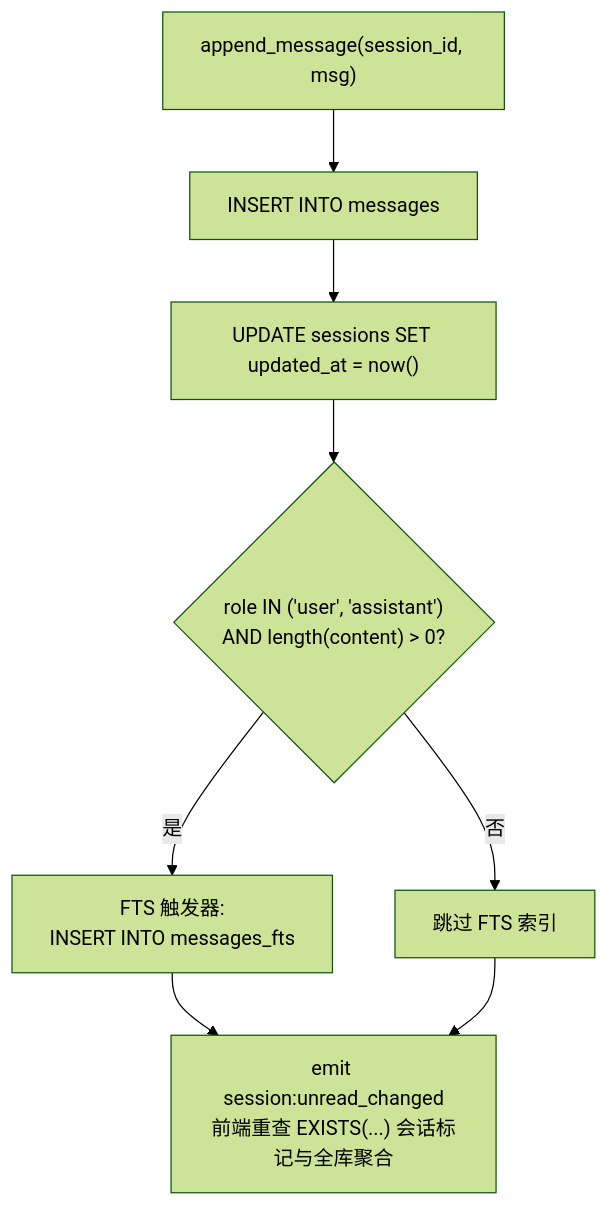
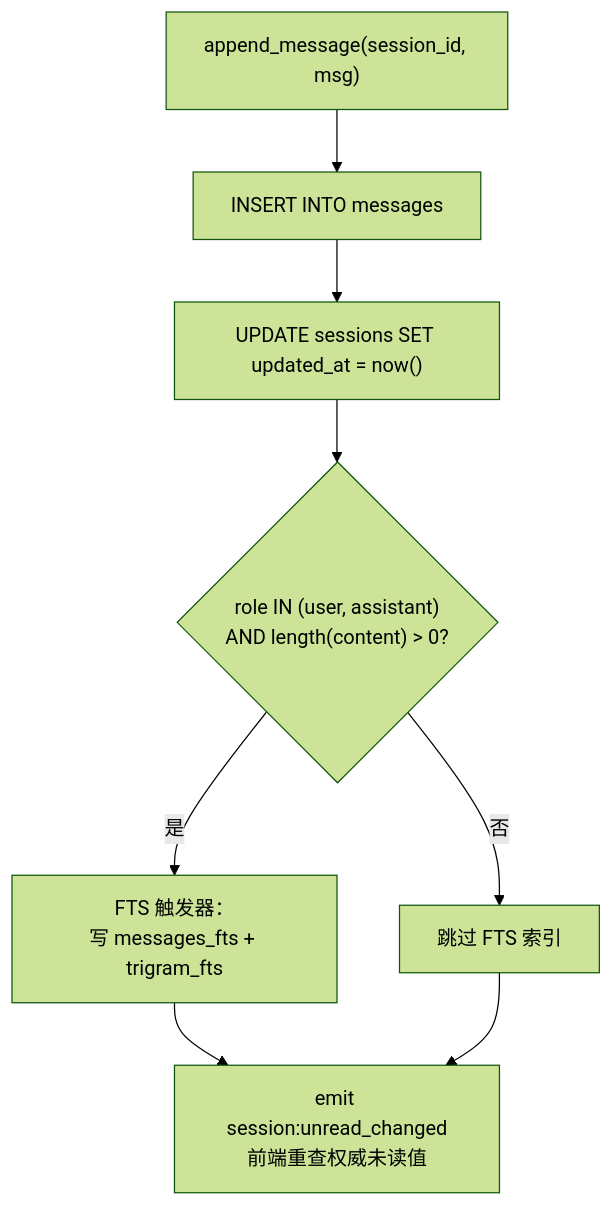
Before and after one commit to shiwenwen/hope-agent: the fourth of 6 diagrams in docs/architecture/session.md, drawn with Mermaid (forest theme). The commit also changed other lines of this file and 7 other files, not shown here.

First line of the commit message:
🦭docs: 补齐 8 篇漏掉的中型文档（ask-user/chat-engine/design-space/lsp/permission-system/recap/self-update/session）

````diff
--- a/docs/architecture/session.md
+++ b/docs/architecture/session.md
@@ -750,11 +517,10 @@
 ```mermaid
 flowchart TD
     A["append_message(session_id, msg)"] --> B["INSERT INTO messages"]
     B --> C["UPDATE sessions SET updated_at = now()"]
-    C --> D{"role IN ('user', 'assistant')<br/>AND length(content) > 0?"}
-    D -- 是 --> E["FTS 触发器:<br/>INSERT INTO messages_fts"]
+    C --> D{"role IN (user, assistant)<br/>AND length(content) > 0?"}
+    D -- 是 --> E["FTS 触发器：<br/>写 messages_fts + trigram_fts"]
     D -- 否 --> F["跳过 FTS 索引"]
-    E --> G["emit session:unread_changed<br/>前端重查 EXISTS(...) 会话标记与全库聚合"]
+    E --> G["emit session:unread_changed<br/>前端重查权威未读值"]
     F --> G
-
 ```
````
